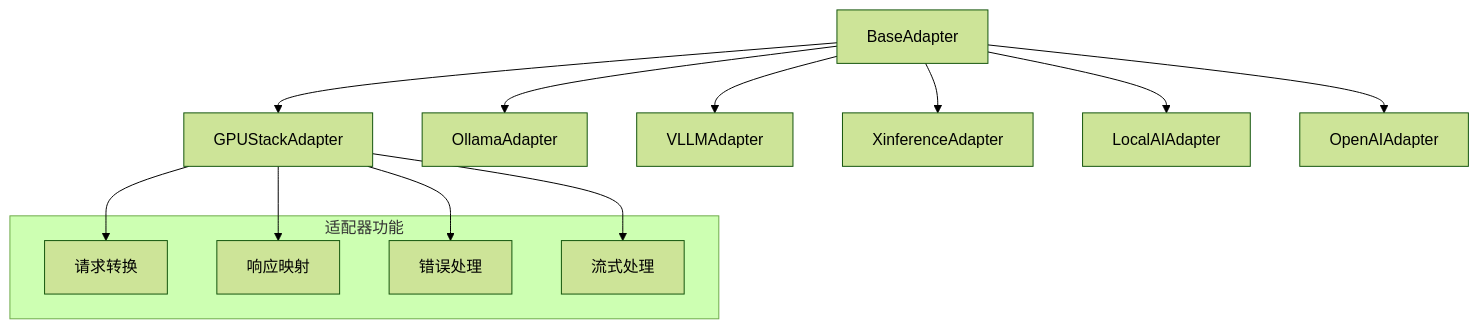
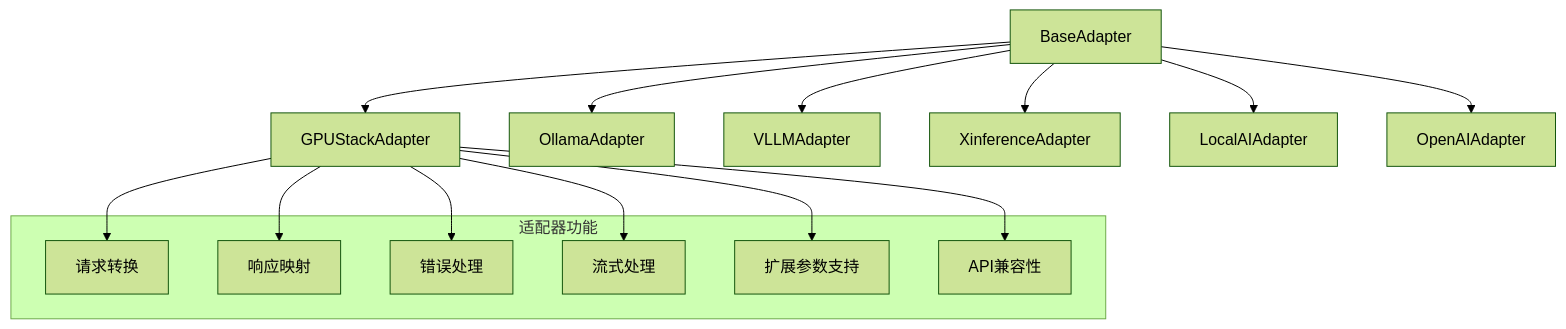
Before and after one commit to Lincoln-cn/JAiRouter: the fourth of 8 diagrams in docs/zh/development/architecture.md, drawn with Mermaid (forest theme). The commit also changed other lines of this file and 12 other files, not shown here.

````diff
--- a/docs/zh/development/architecture.md
+++ b/docs/zh/development/architecture.md
@@ -120,21 +120,25 @@
 ```mermaid
 graph TB
     A[BaseAdapter] --> B[GPUStackAdapter]
     A --> C[OllamaAdapter]
     A --> D[VLLMAdapter]
     A --> E[XinferenceAdapter]
     A --> F[LocalAIAdapter]
     A --> G[OpenAIAdapter]
-    
+
     subgraph "适配器功能"
         H[请求转换]
         I[响应映射]
         J[错误处理]
         K[流式处理]
+        L[扩展参数支持]
+        M[API兼容性]
     end
-    
+
     B --> H
     B --> I
     B --> J
     B --> K
+    B --> L
+    B --> M
 ```
````
